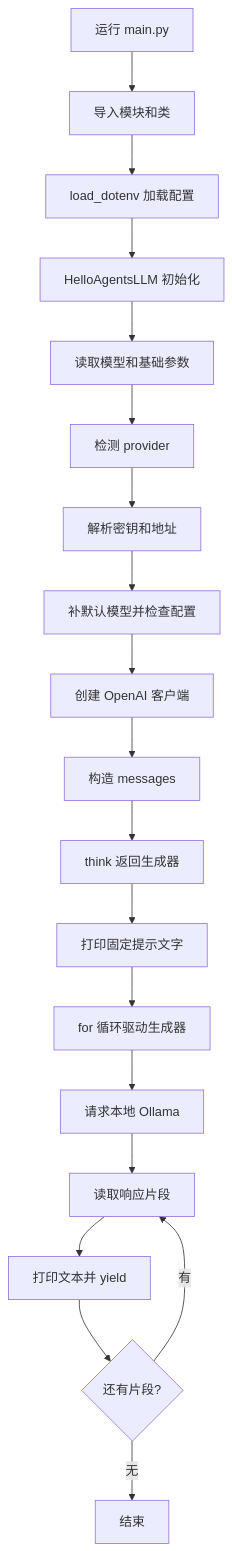
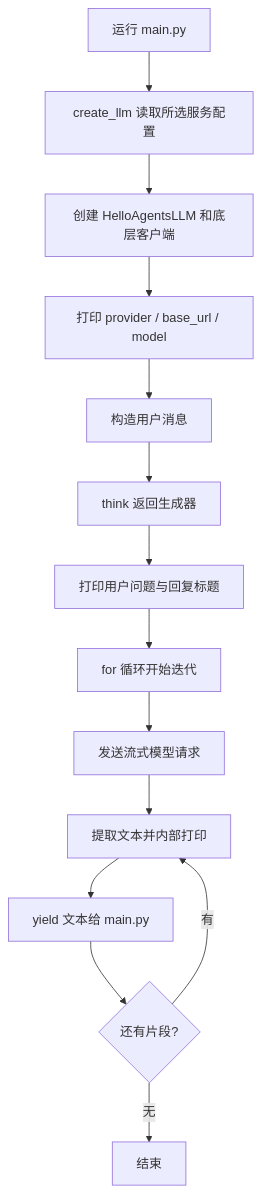
Before and after one commit to SWAlbert-0/agent-practice: the diagram in docs/HelloAgentsLLM源码与执行流程分析.md, drawn with Mermaid. The commit also changed other lines of this file and 15 other files, not shown here.

Commit message:
docs: refresh development guides and update flow demo presentation

````diff
--- a/docs/HelloAgentsLLM源码与执行流程分析.md
+++ b/docs/HelloAgentsLLM源码与执行流程分析.md
@@ -70,21 +31,16 @@
 ```mermaid
 flowchart TD
-    A[运行 main.py] --> B[导入模块和类]
-    B --> C[load_dotenv 加载配置]
-    C --> D[HelloAgentsLLM 初始化]
-    D --> D1[读取模型和基础参数]
-    D1 --> D2[检测 provider]
-    D2 --> D3[解析密钥和地址]
-    D3 --> D4[补默认模型并检查配置]
-    D4 --> D5[创建 OpenAI 客户端]
-    D5 --> E[构造 messages]
+    A[运行 main.py] --> B[create_llm 读取所选服务配置]
+    B --> C[创建 HelloAgentsLLM 和底层客户端]
+    C --> D[打印 provider / base_url / model]
+    D --> E[构造用户消息]
     E --> F[think 返回生成器]
-    F --> G[打印固定提示文字]
-    G --> H[for 循环驱动生成器]
-    H --> I[请求本地 Ollama]
-    I --> J[读取响应片段]
-    J --> K[打印文本并 yield]
+    F --> G[打印用户问题与回复标题]
+    G --> H[for 循环开始迭代]
+    H --> I[发送流式模型请求]
+    I --> J[提取文本并内部打印]
+    J --> K[yield 文本给 main.py]
     K --> L{还有片段?}
     L -->|有| J
     L -->|无| M[结束]
 ```
````
